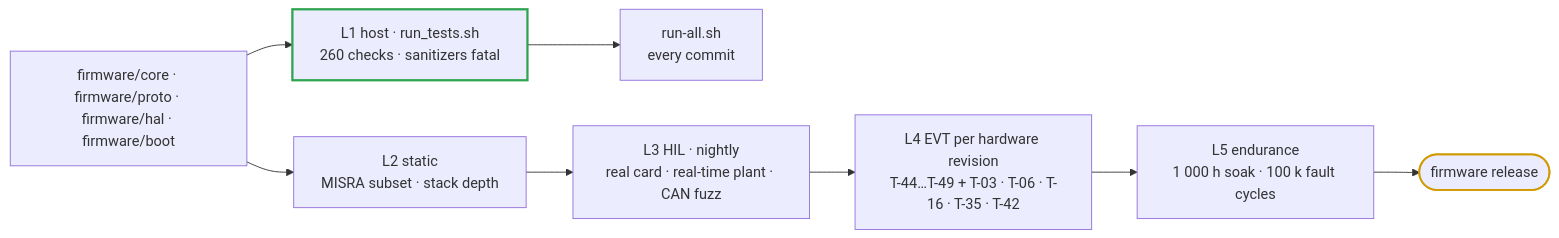
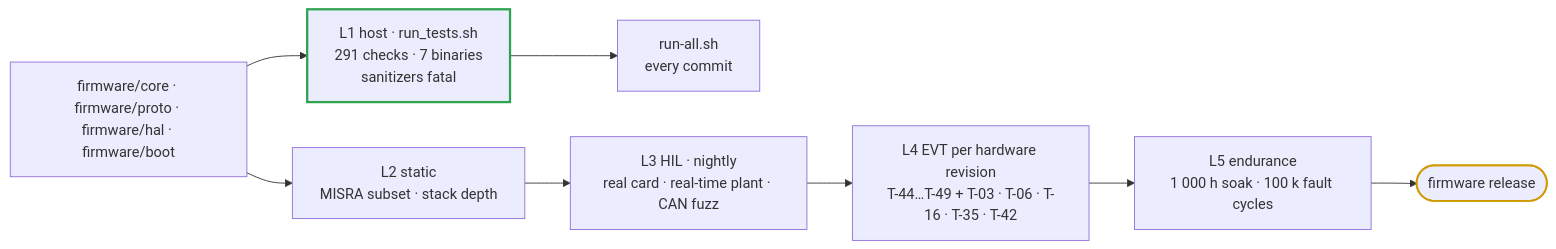
The diagram in docs/firmware-verification.md (vectivolt/DC-Modules), drawn with Mermaid before and after one commit. The commit also changed other lines of this file and 37 other files, not shown here.

First line of the commit message:
E81 docs: premium polish pass — 42 pages restructured, 80 diagrams, 61+ stale claims fixed, gates synced

````diff
--- a/docs/firmware-verification.md
+++ b/docs/firmware-verification.md
@@ -35,12 +35,12 @@
 ```mermaid
 flowchart LR
-  SRC["firmware/core · firmware/proto · firmware/hal · firmware/boot"] --> L1["L1 host · run_tests.sh<br/>260 checks · sanitizers fatal"]
+  SRC["firmware/core · firmware/proto · firmware/hal · firmware/boot"] --> L1["L1 host · run_tests.sh<br/>291 checks · 7 binaries<br/>sanitizers fatal"]
   SRC --> L2["L2 static<br/>MISRA subset · stack depth"]
   L1 --> RA["run-all.sh<br/>every commit"]
   L2 --> L3["L3 HIL · nightly<br/>real card · real-time plant · CAN fuzz"]
   L3 --> L4["L4 EVT per hardware revision<br/>T-44…T-49 + T-03 · T-06 · T-16 · T-35 · T-42"]
   L4 --> L5["L5 endurance<br/>1 000 h soak · 100 k fault cycles"]
   L5 --> REL(["firmware release"])
   style L1 stroke:#2ea44f,stroke-width:2.5px
   style REL stroke:#d19a00,stroke-width:2px
 ```
````
